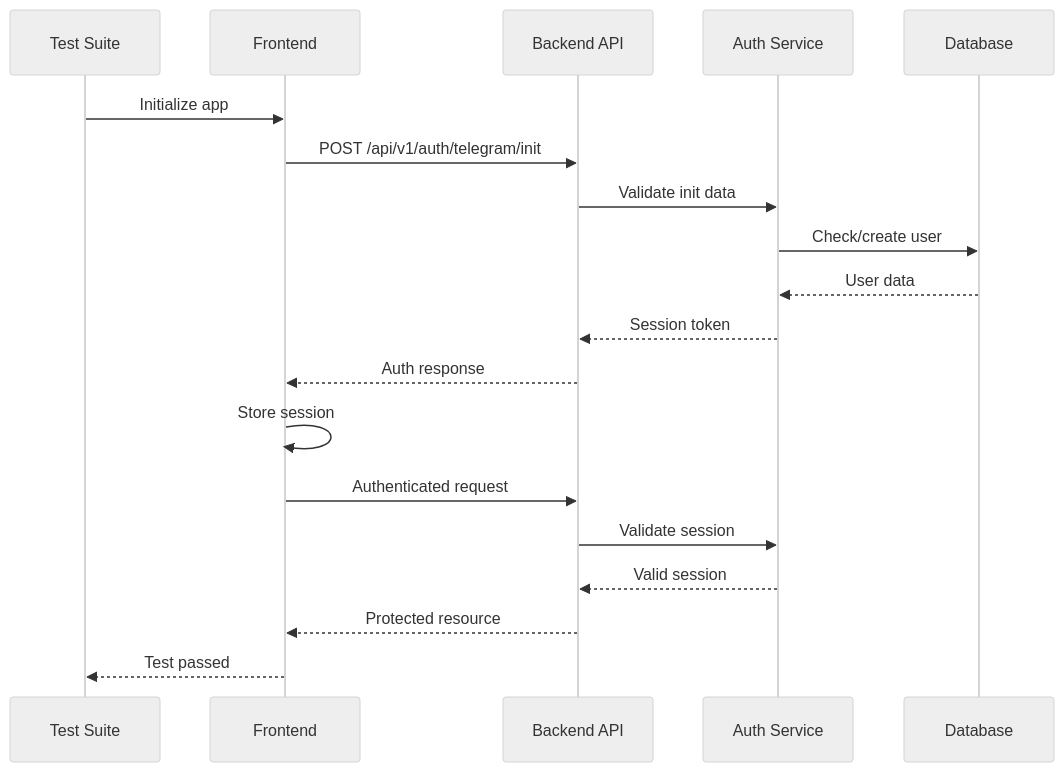
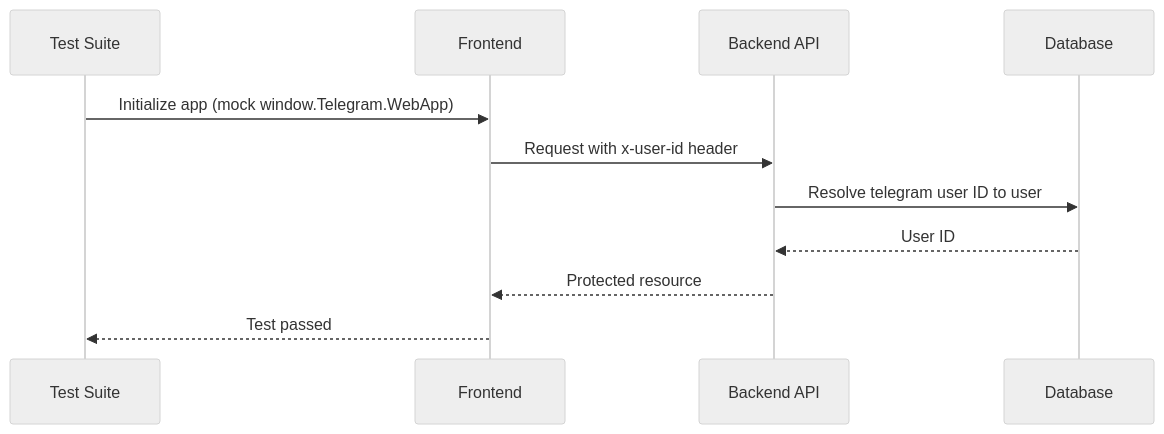
The fourth of 7 diagrams in docs/INTEGRATION_TESTING.md (gofrolist/calorie-track-ai-bot-api), drawn with Mermaid (neutral theme) before and after one commit. The commit also changed other lines of this file and 49 other files, not shown here.

First line of the commit message:
docs: align documentation with current code and architecture

````diff
--- a/docs/INTEGRATION_TESTING.md
+++ b/docs/INTEGRATION_TESTING.md
@@ -168,22 +152,14 @@
 ```mermaid
 sequenceDiagram
     participant TEST as Test Suite
     participant FE as Frontend
     participant API as Backend API
-    participant AUTH as Auth Service
     participant DB as Database
 
-    TEST->>FE: Initialize app
-    FE->>API: POST /api/v1/auth/telegram/init
-    API->>AUTH: Validate init data
-    AUTH->>DB: Check/create user
-    DB-->>AUTH: User data
-    AUTH-->>API: Session token
-    API-->>FE: Auth response
-    FE->>FE: Store session
-    FE->>API: Authenticated request
-    API->>AUTH: Validate session
-    AUTH-->>API: Valid session
+    TEST->>FE: Initialize app (mock window.Telegram.WebApp)
+    FE->>API: Request with x-user-id header
+    API->>DB: Resolve telegram user ID to user
+    DB-->>API: User ID
     API-->>FE: Protected resource
     FE-->>TEST: Test passed
 ```
````
